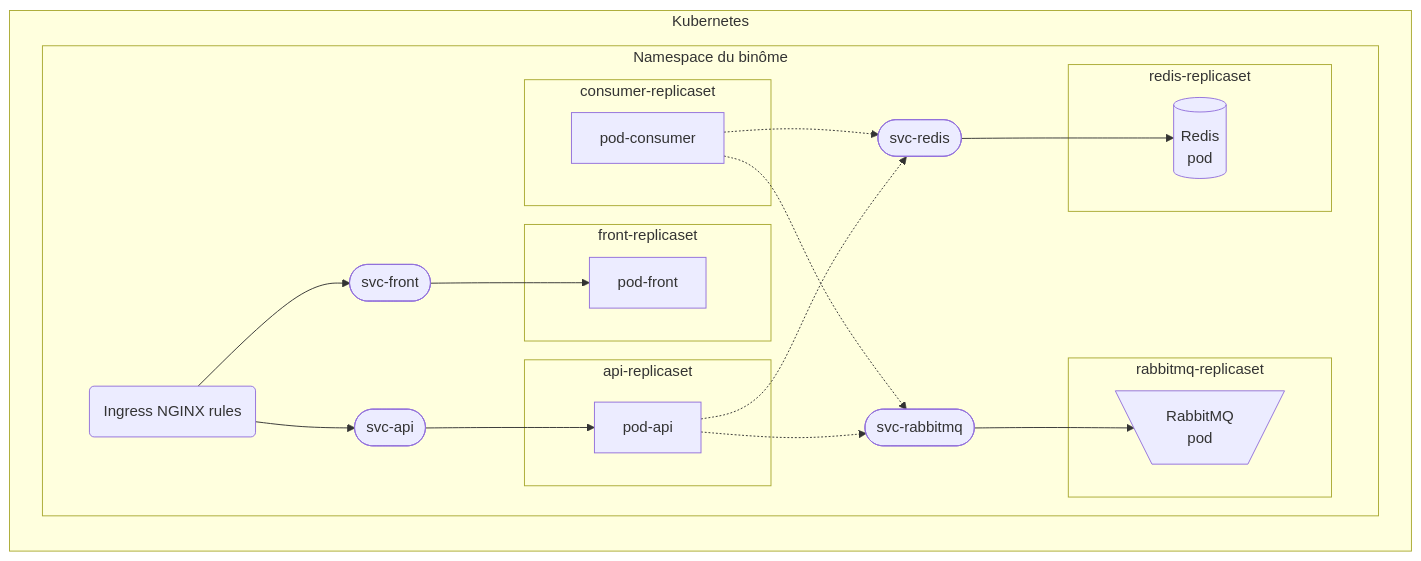
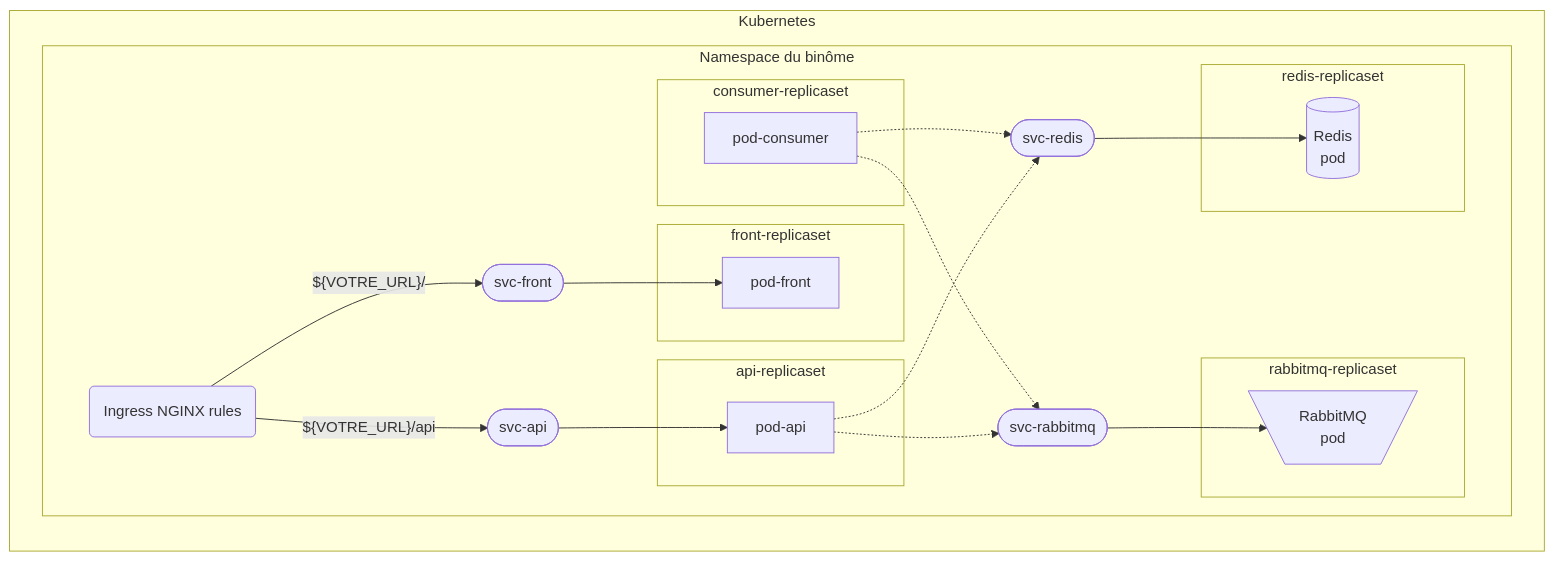
The third of 5 diagrams in projet.md (JeromeMSD/module_virtualisation-et-cloud-computing), drawn with Mermaid before and after one commit.

Commit message:
projet: schema

````diff
--- a/projet.md
+++ b/projet.md
@@ -161,34 +161,34 @@
 ```mermaid
  graph LR
     subgraph "Kubernetes"
     subgraph "Namespace du binôme"
     subgraph "front-replicaset"
       pod-front
     end
     subgraph "api-replicaset"
       pod-api
     end
     subgraph "redis-replicaset"
       pod-redis[("Redis
                   pod")]
     end
     subgraph "rabbitmq-replicaset"
       pod-rabbitmq[\" RabbitMQ
                       pod"/]
     end
     subgraph "consumer-replicaset"
       pod-consumer
     end
     svc-api([svc-api]) --> pod-api
     svc-redis([svc-redis]) --> pod-redis
     svc-rabbitmq([svc-rabbitmq]) --> pod-rabbitmq
     pod-consumer -.-> svc-rabbitmq
     pod-consumer -.-> svc-redis
     pod-api -.-> svc-redis
     pod-api -.-> svc-rabbitmq
-    ing --> svc-api
-    ing(Ingress NGINX rules) --> svc-front
+    ing -->|"${VOTRE_URL}/api"| svc-api
+    ing(Ingress NGINX rules) -->|"${VOTRE_URL}/"| svc-front
     svc-front([svc-front]) --> pod-front
     end
     end
 ```
````
